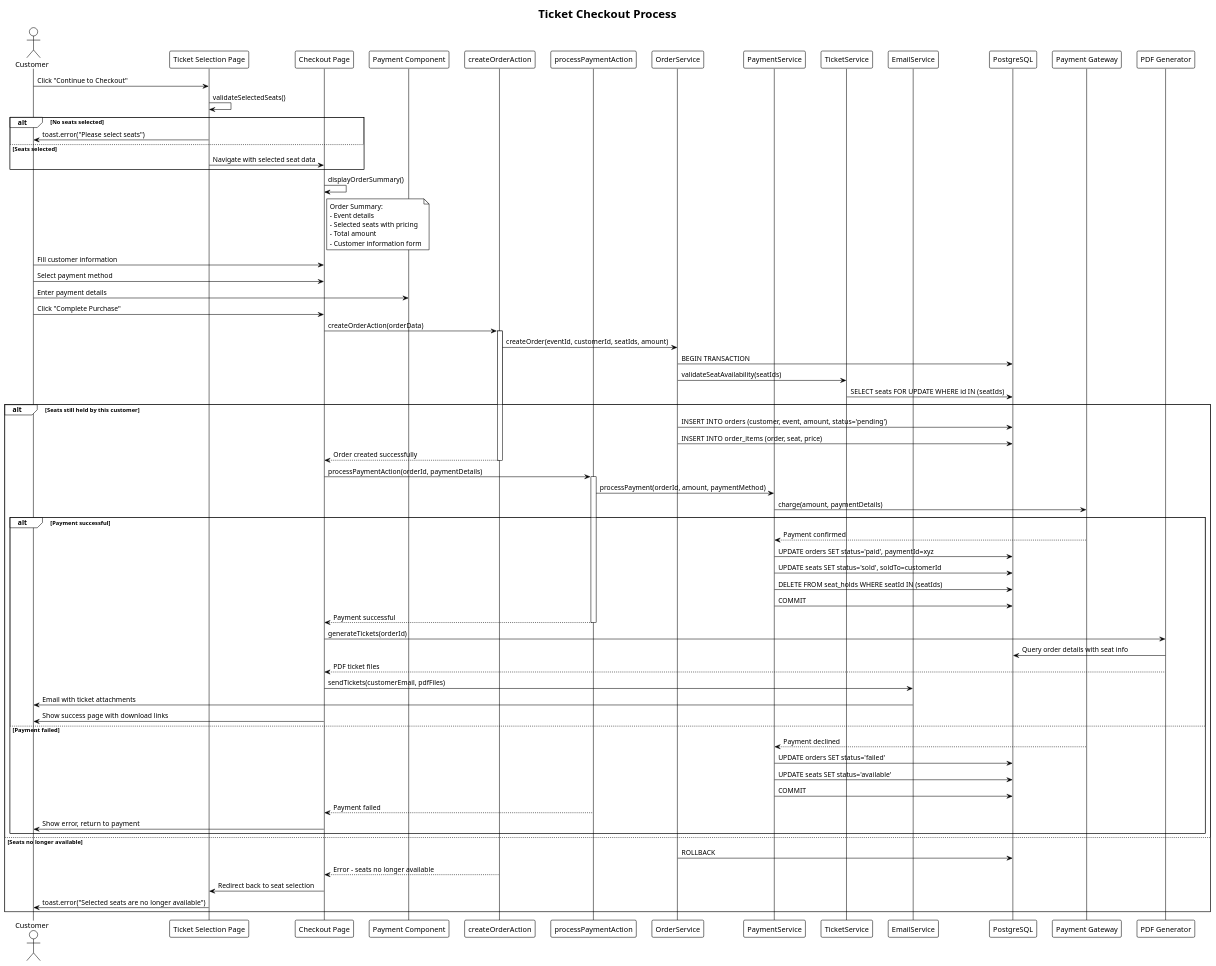
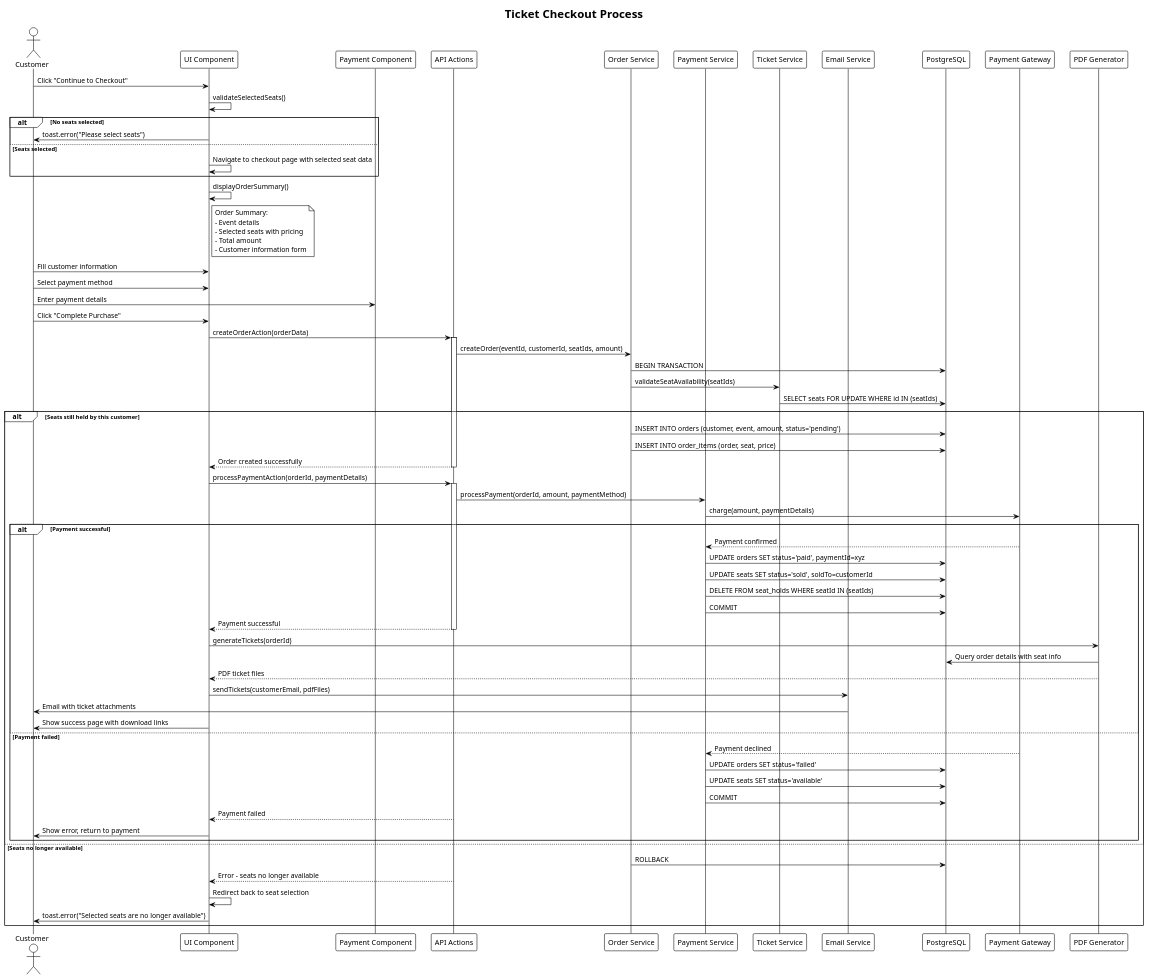
The third of 7 diagrams in puml/seat-map-customer.puml (VieTicket/vieticket-monorepo), drawn with PlantUML before and after one commit. The commit also changed other lines of this file and 4 other files, not shown here.

Commit message:
[OPS-28] seq diagram for seatmap

```diff
--- a/puml/seat-map-customer.puml
+++ b/puml/seat-map-customer.puml
@@ -163,100 +159,98 @@
 @startuml checkout-process
 !theme plain
 title Ticket Checkout Process
 
 actor Customer
-participant "Ticket Selection Page" as TicketPage
-participant "Checkout Page" as CheckoutPage
+participant "UI Component" as UI
 participant "Payment Component" as Payment
-participant "createOrderAction" as CreateOrder
-participant "processPaymentAction" as ProcessPayment
-participant "OrderService" as OrderService
-participant "PaymentService" as PaymentService
-participant "TicketService" as TicketService
-participant "EmailService" as EmailService
+participant "API Actions" as Actions
+participant "Order Service" as OrderService
+participant "Payment Service" as PaymentService
+participant "Ticket Service" as TicketService
+participant "Email Service" as EmailService
 participant "PostgreSQL" as DB
 participant "Payment Gateway" as PaymentGW
 participant "PDF Generator" as PDFGen
 
-Customer -> TicketPage: Click "Continue to Checkout"
-TicketPage -> TicketPage: validateSelectedSeats()
+Customer -> UI: Click "Continue to Checkout"
+UI -> UI: validateSelectedSeats()
 
 alt No seats selected
-    TicketPage -> Customer: toast.error("Please select seats")
+    UI -> Customer: toast.error("Please select seats")
 else Seats selected
-    TicketPage -> CheckoutPage: Navigate with selected seat data
+    UI -> UI: Navigate to checkout page with selected seat data
 end
 
-CheckoutPage -> CheckoutPage: displayOrderSummary()
-Note right of CheckoutPage
+UI -> UI: displayOrderSummary()
+Note right of UI
   Order Summary:
   - Event details
   - Selected seats with pricing
   - Total amount
   - Customer information form
 end note
 
-Customer -> CheckoutPage: Fill customer information
-Customer -> CheckoutPage: Select payment method
+Customer -> UI: Fill customer information
+Customer -> UI: Select payment method
 Customer -> Payment: Enter payment details
 
-Customer -> CheckoutPage: Click "Complete Purchase"
-CheckoutPage -> CreateOrder: createOrderAction(orderData)
-activate CreateOrder
+Customer -> UI: Click "Complete Purchase"
+UI -> Actions: createOrderAction(orderData)
+activate Actions
 
-CreateOrder -> OrderService: createOrder(eventId, customerId, seatIds, amount)
+Actions -> OrderService: createOrder(eventId, customerId, seatIds, amount)
 OrderService -> DB: BEGIN TRANSACTION
 
 OrderService -> TicketService: validateSeatAvailability(seatIds)
 TicketService -> DB: SELECT seats FOR UPDATE WHERE id IN (seatIds)
 
 alt Seats still held by this customer
     OrderService -> DB: INSERT INTO orders (customer, event, amount, status='pending')
     OrderService -> DB: INSERT INTO order_items (order, seat, price)
     
-    CreateOrder --> CheckoutPage: Order created successfully
-    deactivate CreateOrder
+    Actions --> UI: Order created successfully
+    deactivate Actions
     
-    CheckoutPage -> ProcessPayment: processPaymentAction(orderId, paymentDetails)
-    activate ProcessPayment
+    UI -> Actions: processPaymentAction(orderId, paymentDetails)
+    activate Actions
     
-    ProcessPayment -> PaymentService: processPayment(orderId, amount, paymentMethod)
+    Actions -> PaymentService: processPayment(orderId, amount, paymentMethod)
     PaymentService -> PaymentGW: charge(amount, paymentDetails)
     
     alt Payment successful
         PaymentGW --> PaymentService: Payment confirmed
         PaymentService -> DB: UPDATE orders SET status='paid', paymentId=xyz
         PaymentService -> DB: UPDATE seats SET status='sold', soldTo=customerId
         PaymentService -> DB: DELETE FROM seat_holds WHERE seatId IN (seatIds)
         PaymentService -> DB: COMMIT
         
-        ProcessPayment --> CheckoutPage: Payment successful
-        deactivate ProcessPayment
+        Actions --> UI: Payment successful
+        deactivate Actions
         
-        CheckoutPage -> PDFGen: generateTickets(orderId)
+        UI -> PDFGen: generateTickets(orderId)
         PDFGen -> DB: Query order details with seat info
-        PDFGen --> CheckoutPage: PDF ticket files
+        PDFGen --> UI: PDF ticket files
         
-        CheckoutPage -> EmailService: sendTickets(customerEmail, pdfFiles)
+        UI -> EmailService: sendTickets(customerEmail, pdfFiles)
         EmailService -> Customer: Email with ticket attachments
         
-        CheckoutPage -> Customer: Show success page with download links
+        UI -> Customer: Show success page with download links
         
     else Payment failed
         PaymentGW --> PaymentService: Payment declined
         PaymentService -> DB: UPDATE orders SET status='failed'
         PaymentService -> DB: UPDATE seats SET status='available'
         PaymentService -> DB: COMMIT
         
-        ProcessPayment --> CheckoutPage: Payment failed
-        CheckoutPage -> Customer: Show error, return to payment
+        Actions --> UI: Payment failed
+        UI -> Customer: Show error, return to payment
     end
     
 else Seats no longer available
     OrderService -> DB: ROLLBACK
-    CreateOrder --> CheckoutPage: Error - seats no longer available
-    CheckoutPage -> TicketPage: Redirect back to seat selection
-    TicketPage -> Customer: toast.error("Selected seats are no longer available")
+    Actions --> UI: Error - seats no longer available
+    UI -> UI: Redirect back to seat selection
+    UI -> Customer: toast.error("Selected seats are no longer available")
 end
 
 @enduml
```
